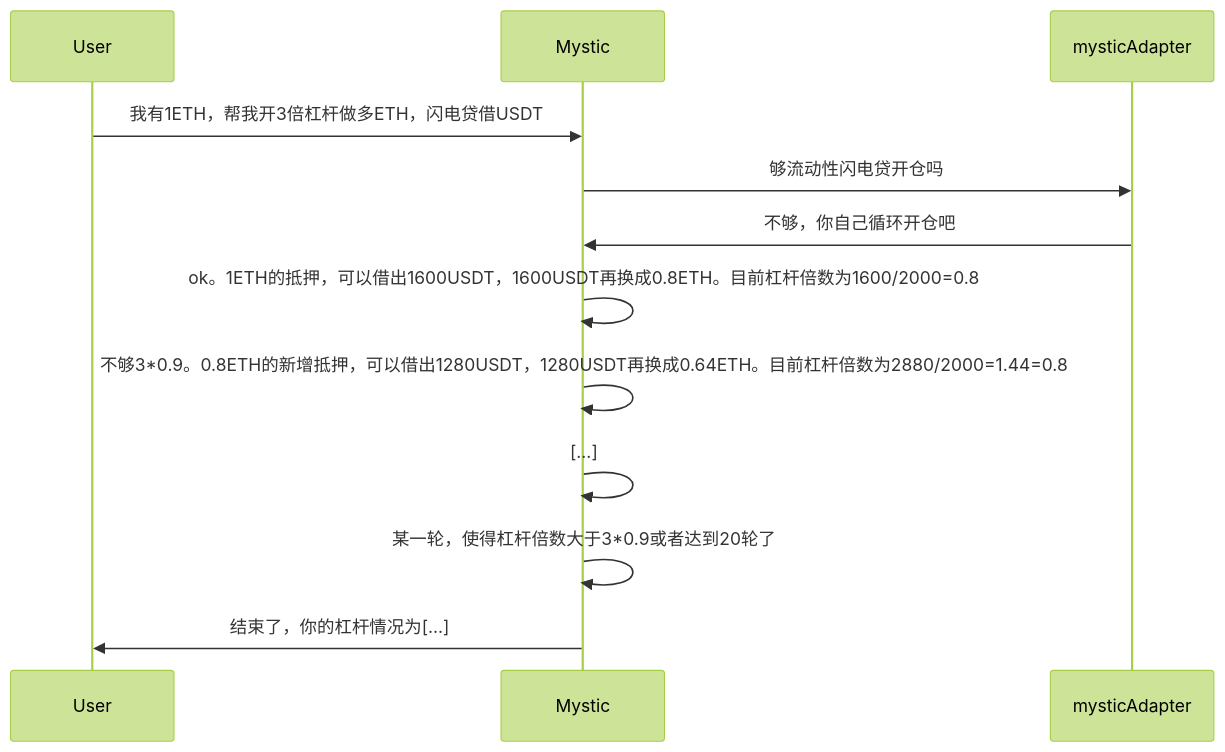
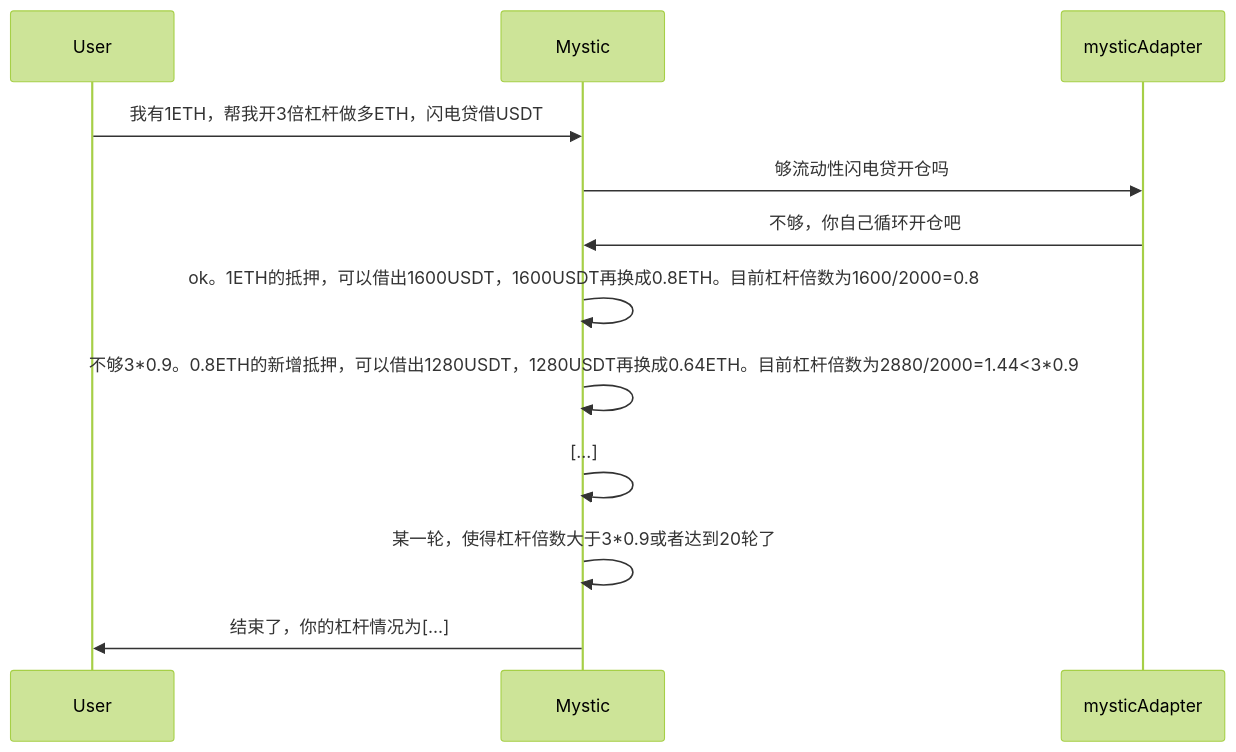
One commit to chen4903/chen4903.github.io changed the fourth of 5 diagrams in _posts/2025-05-17-leverage-in-defi.md. Above: the diagram before and after it, drawn with Mermaid (forest theme).

````diff
--- a/_posts/2025-05-17-leverage-in-defi.md
+++ b/_posts/2025-05-17-leverage-in-defi.md
@@ -308,13 +308,13 @@
 ```mermaid
 sequenceDiagram
     User->>Mystic: 我有1ETH，帮我开3倍杠杆做多ETH，闪电贷借USDT
     Mystic->>mysticAdapter: 够流动性闪电贷开仓吗
     mysticAdapter->>Mystic: 不够，你自己循环开仓吧
     
 		Mystic->>Mystic: ok。1ETH的抵押，可以借出1600USDT，1600USDT再换成0.8ETH。目前杠杆倍数为1600/2000=0.8
-		Mystic->>Mystic: 不够3*0.9。0.8ETH的新增抵押，可以借出1280USDT，1280USDT再换成0.64ETH。目前杠杆倍数为2880/2000=1.44=0.8
+		Mystic->>Mystic: 不够3*0.9。0.8ETH的新增抵押，可以借出1280USDT，1280USDT再换成0.64ETH。目前杠杆倍数为2880/2000=1.44<3*0.9
 		Mystic->>Mystic: [...]
 		Mystic->>Mystic: 某一轮，使得杠杆倍数大于3*0.9或者达到20轮了
 		
 		Mystic->>User: 结束了，你的杠杆情况为[...]
 ```
````
